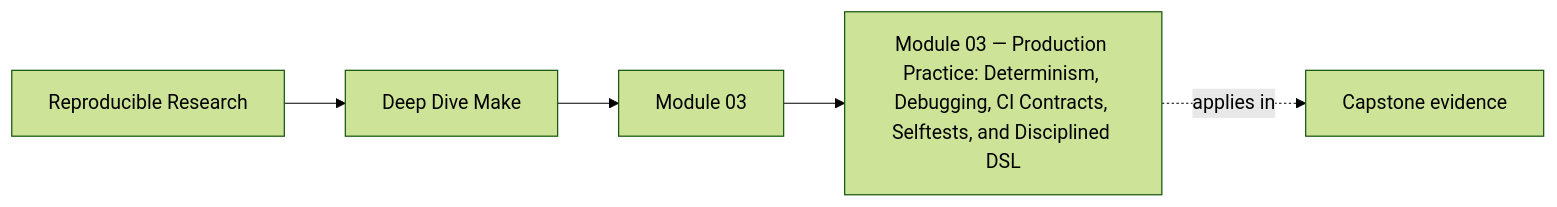
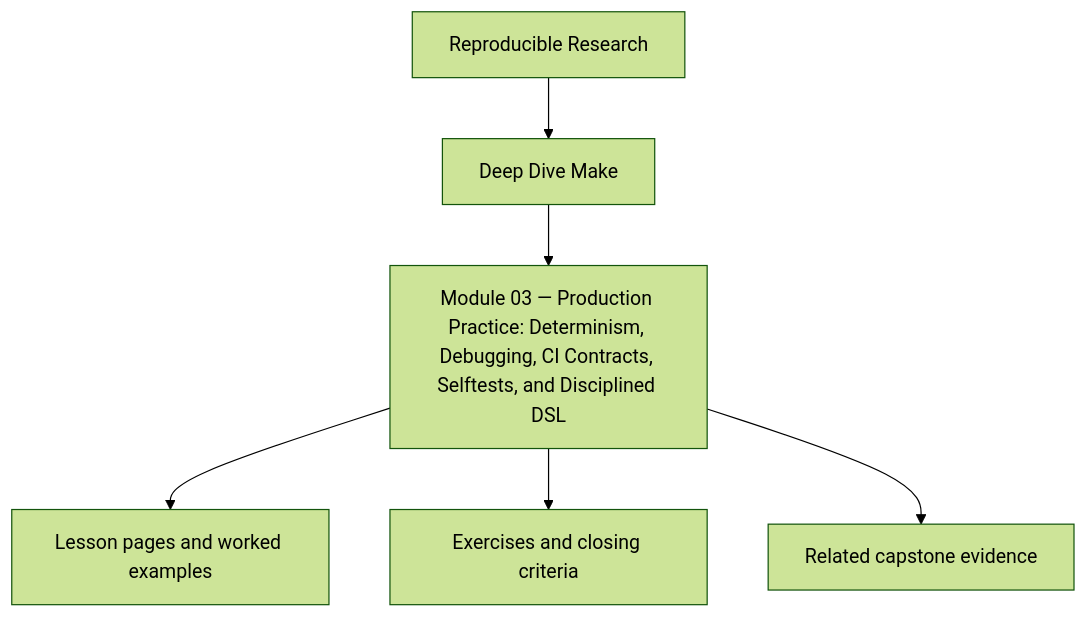
Before and after one commit to bijux/bijux-masterclass: the first of 2 diagrams in programs/reproducible-research/deep-dive-make/course-book/module-03-production-practice-determinism-debugging-ci-and-selftests/index.md, drawn with Mermaid (forest theme). The commit also changed other lines of this file and 10 other files, not shown here.

Commit message:
docs(deep-dive-make): reposition module overview diagrams

````diff
--- a/programs/reproducible-research/deep-dive-make/course-book/module-03-production-practice-determinism-debugging-ci-and-selftests/index.md
+++ b/programs/reproducible-research/deep-dive-make/course-book/module-03-production-practice-determinism-debugging-ci-and-selftests/index.md
@@ -8,11 +8,8 @@
 ```mermaid
-graph LR
-  family["Reproducible Research"]
-  program["Deep Dive Make"]
-  section["Module 03"]
-  page["Module 03 — Production Practice: Determinism, Debugging, CI Contracts, Selftests, and Disciplined DSL"]
-  capstone["Capstone evidence"]
-
-  family --> program --> section --> page
-  page -.applies in.-> capstone
+flowchart TD
+  family["Reproducible Research"] --> program["Deep Dive Make"]
+  program --> module["Module 03 — Production Practice: Determinism, Debugging, CI Contracts, Selftests, and Disciplined DSL"]
+  module --> lessons["Lesson pages and worked examples"]
+  module --> checkpoints["Exercises and closing criteria"]
+  module --> capstone["Related capstone evidence"]
 ```
````
